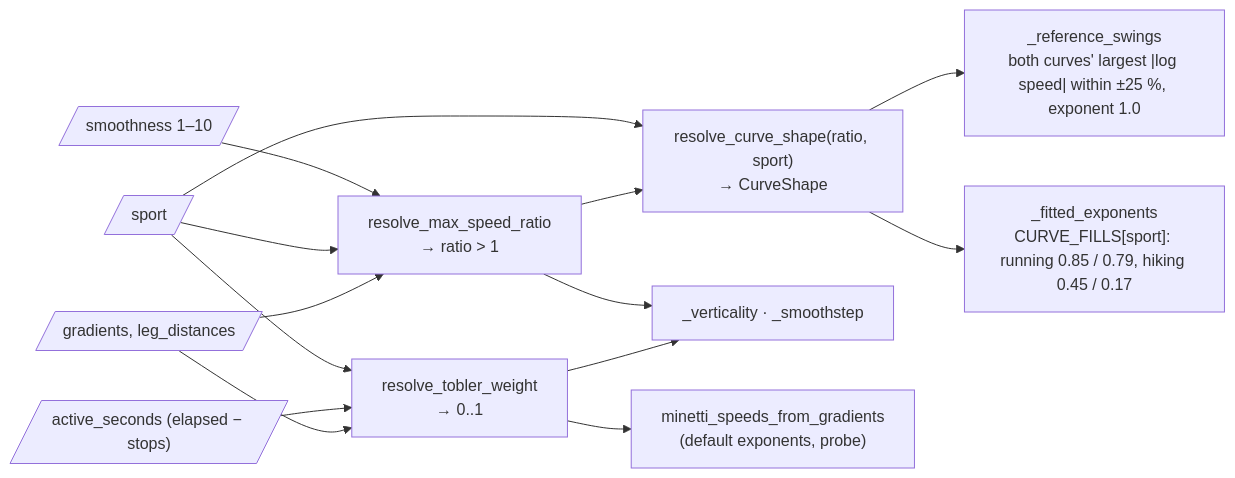
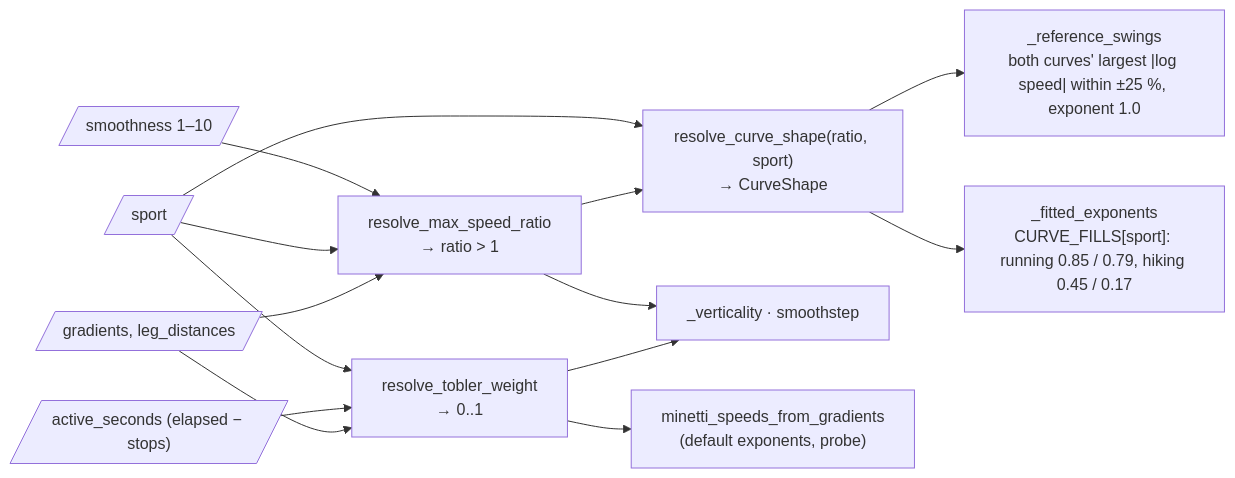
One commit to martin-iflap/GPX_to_FIT changed the seventh of 15 diagrams in docs/ARCHITECTURE.md. Above: the diagram before and after it, drawn with Mermaid. The commit also changed other lines of this file and 9 other files, not shown here.

````diff
--- a/docs/ARCHITECTURE.md
+++ b/docs/ARCHITECTURE.md
@@ -361,26 +364,26 @@
 ```mermaid
 flowchart LR
   g[/"gradients, leg_distances"/]
   a[/"active_seconds (elapsed − stops)"/]
   s[/"sport"/]
   sm[/"smoothness 1–10"/]
 
   rtw["resolve_tobler_weight<br/>→ 0..1"]
   rmr["resolve_max_speed_ratio<br/>→ ratio > 1"]
   rcs["resolve_curve_shape(ratio, sport)<br/>→ CurveShape"]
 
   g --> rtw
   a --> rtw
   s --> rtw
   g --> rmr
   s --> rmr
   sm --> rmr
   rmr --> rcs
   s --> rcs
 
-  rtw --> v["_verticality · _smoothstep"]
+  rtw --> v["_verticality · smoothstep"]
   rtw --> probe["minetti_speeds_from_gradients<br/>(default exponents, probe)"]
   rmr --> v
   rcs --> raw["_reference_swings<br/>both curves' largest |log speed| within ±25 %, exponent 1.0"]
   rcs --> fe["_fitted_exponents<br/>CURVE_FILLS[sport]: running 0.85 / 0.79, hiking 0.45 / 0.17"]
 ```
````
